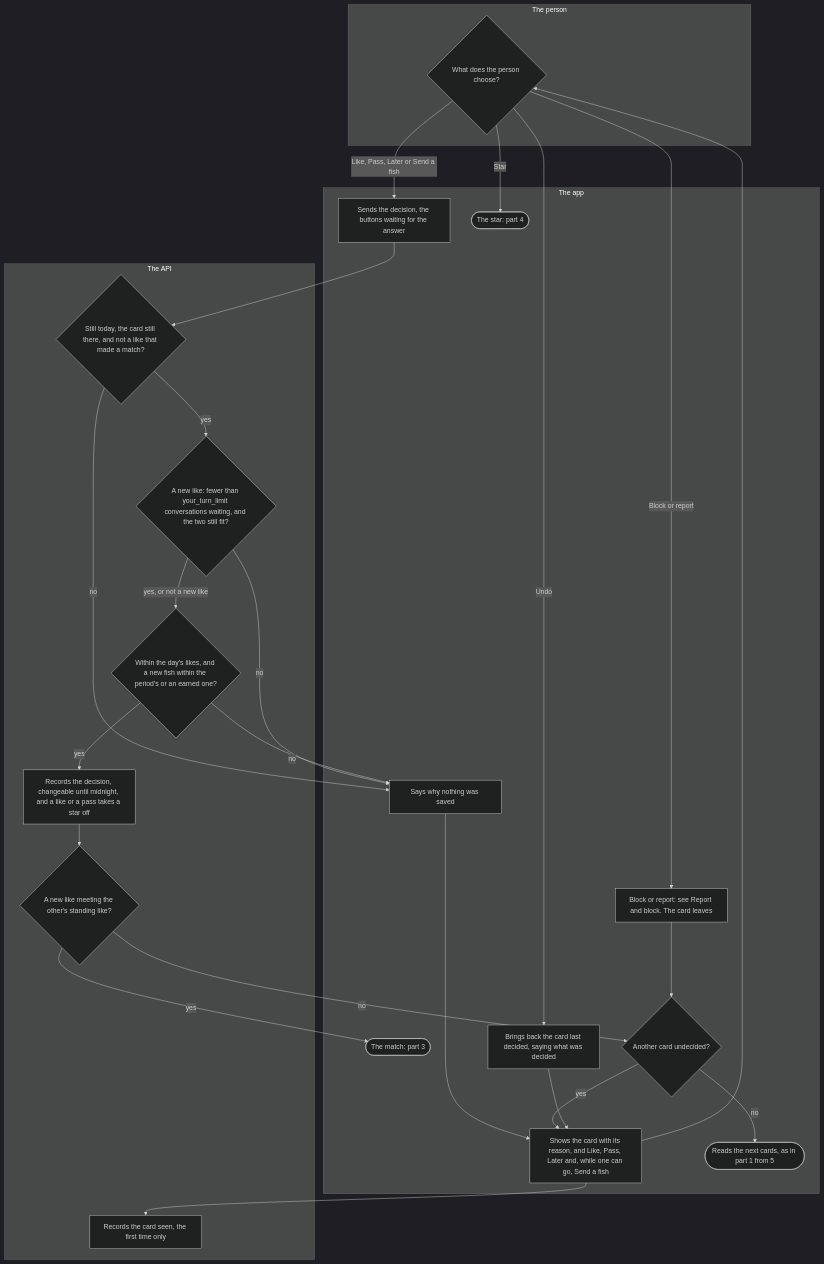
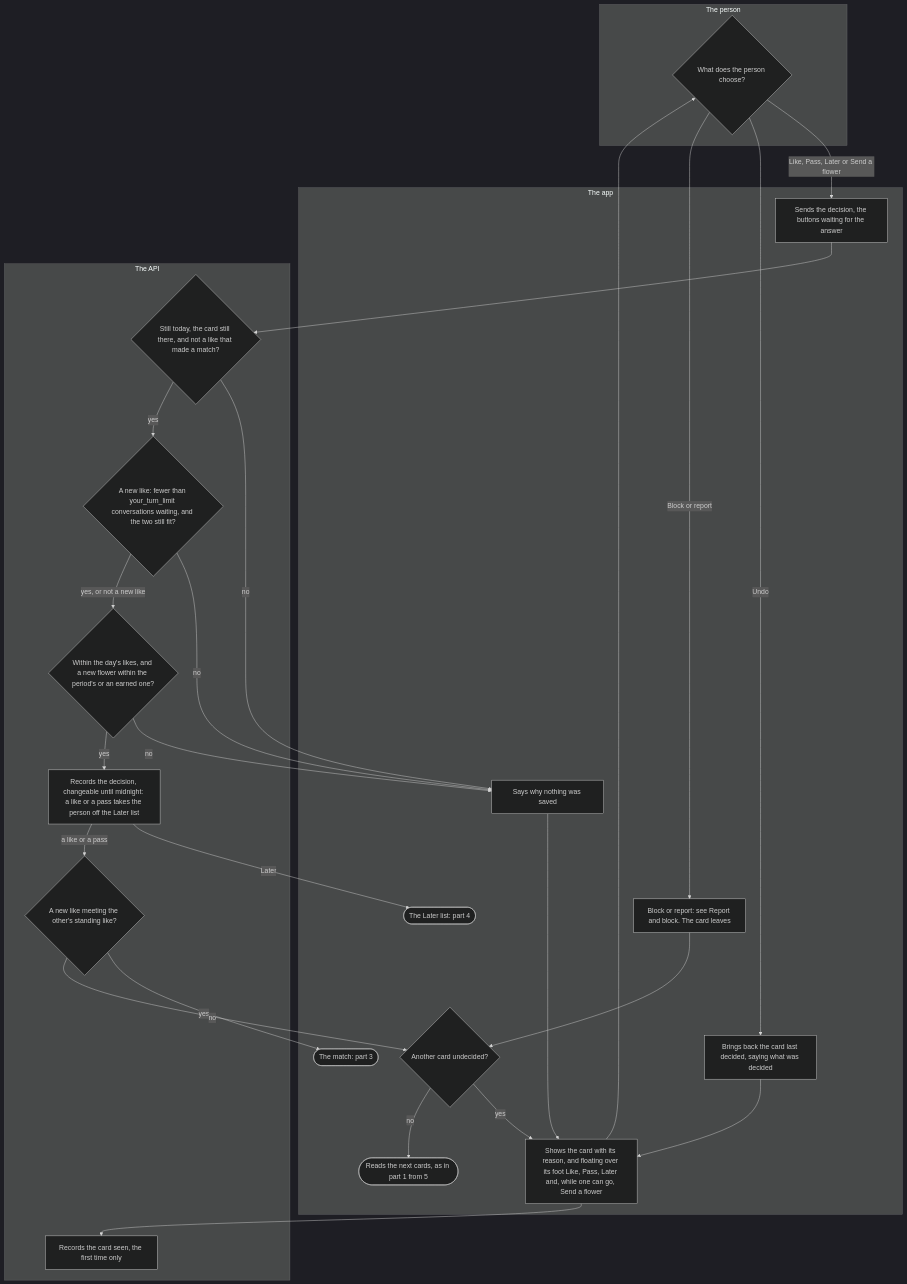
One commit to kuutti-ry/kumpa-app changed the second of 5 diagrams in docs/flows/queue.md. Above: the diagram before and after it, drawn with Mermaid (dark theme). The commit also changed other lines of this file and 99 other files, not shown here.

First line of the commit message:
Make Later a list and float the card's buttons (#681) (#734)

````diff
--- a/docs/flows/queue.md
+++ b/docs/flows/queue.md
@@ -99,48 +99,48 @@
 ```mermaid
 flowchart TB
   accTitle: A card and its decision
-  accDescr: The app shows one card with its reason and the buttons. The person likes, passes, leaves it for later or sends a fish, or blocks or reports, stars it, or undoes the last decision. The API checks the day and the card, the your-turn limit and the fit for a new like, then the day's likes and the period's fish, and records the decision. A new like that meets a standing like is a match.
+  accDescr: The app shows one card with its reason and the buttons. The person likes, passes, leaves it for later, which puts the person on the Later list, or sends a flower, or blocks or reports, or undoes the last decision. The API checks the day and the card, the your-turn limit and the fit for a new like, then the day's likes and the period's flowers, and records the decision. A new like that meets a standing like is a match.
   subgraph person["The person"]
     s18{"What does the person choose?"}
   end
   subgraph app["The app"]
-    s16["Shows the card with its reason, and Like, Pass, Later and, while one can go, Send a fish"]
+    s16["Shows the card with its reason, and floating over its foot Like, Pass, Later and, while one can go, Send a flower"]
     s19["Sends the decision, the buttons waiting for the answer"]
     s23["Says why nothing was saved"]
     s26(["The match: part 3"])
     s27{"Another card undecided?"}
     s28(["Reads the next cards, as in part 1 from 5"])
     s29["Brings back the card last decided, saying what was decided"]
     s30["Block or report: see Report and block. The card leaves"]
-    s31(["The star: part 4"])
+    s31(["The Later list: part 4"])
   end
   subgraph api["The API"]
     s17["Records the card seen, the first time only"]
     s20{"Still today, the card still there, and not a like that made a match?"}
     s21{"A new like: fewer than your_turn_limit conversations waiting, and the two still fit?"}
-    s22{"Within the day's likes, and a new fish within the period's or an earned one?"}
-    s24["Records the decision, changeable until midnight, and a like or a pass takes a star off"]
+    s22{"Within the day's likes, and a new flower within the period's or an earned one?"}
+    s24["Records the decision, changeable until midnight: a like or a pass takes the person off the Later list"]
     s25{"A new like meeting the other's standing like?"}
   end
   s16 --> s17
   s16 --> s18
-  s18 -->|"Like, Pass, Later or Send a fish"| s19
+  s18 -->|"Like, Pass, Later or Send a flower"| s19
   s18 -->|"Undo"| s29
   s18 -->|"Block or report"| s30
-  s18 -->|"Star"| s31
   s19 --> s20
   s20 -->|"no"| s23
   s20 -->|"yes"| s21
   s21 -->|"no"| s23
   s21 -->|"yes, or not a new like"| s22
   s22 -->|"no"| s23
   s22 -->|"yes"| s24
   s23 --> s16
-  s24 --> s25
+  s24 -->|"Later"| s31
+  s24 -->|"a like or a pass"| s25
   s25 -->|"yes"| s26
   s25 -->|"no"| s27
   s27 -->|"yes"| s16
   s27 -->|"no"| s28
   s29 --> s16
   s30 --> s27
 ```
````
